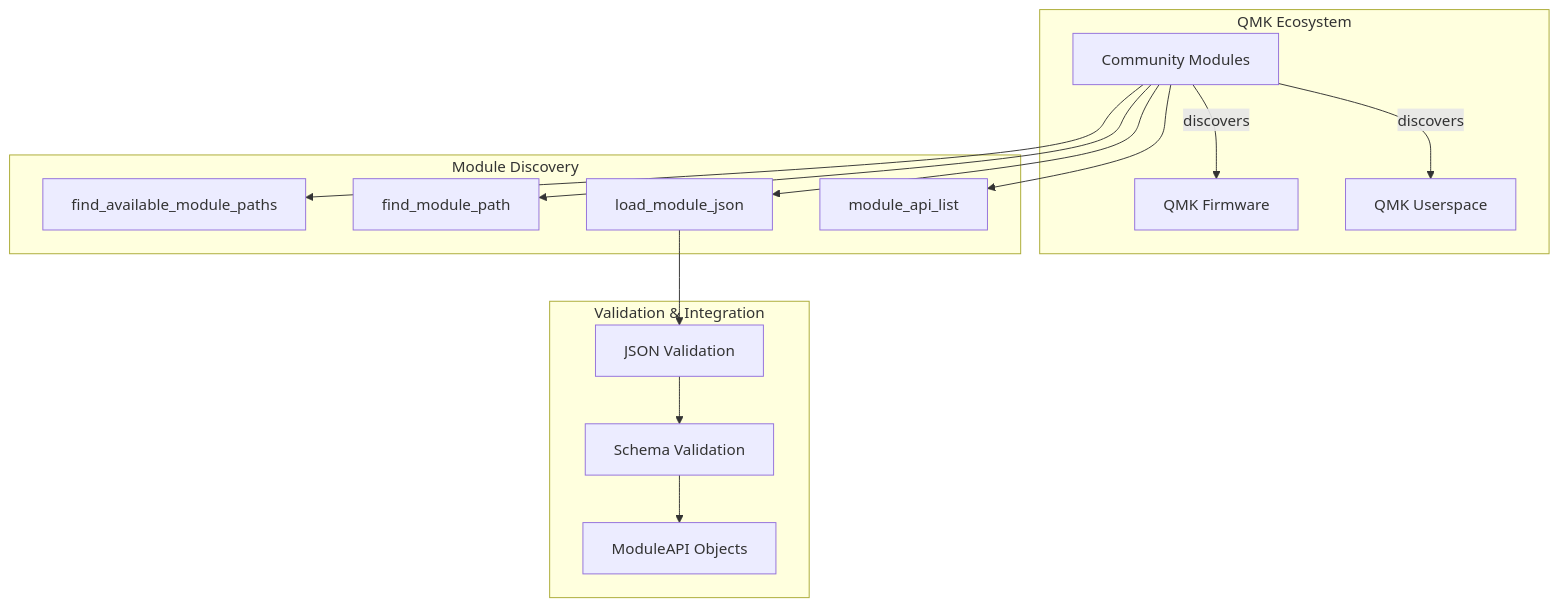
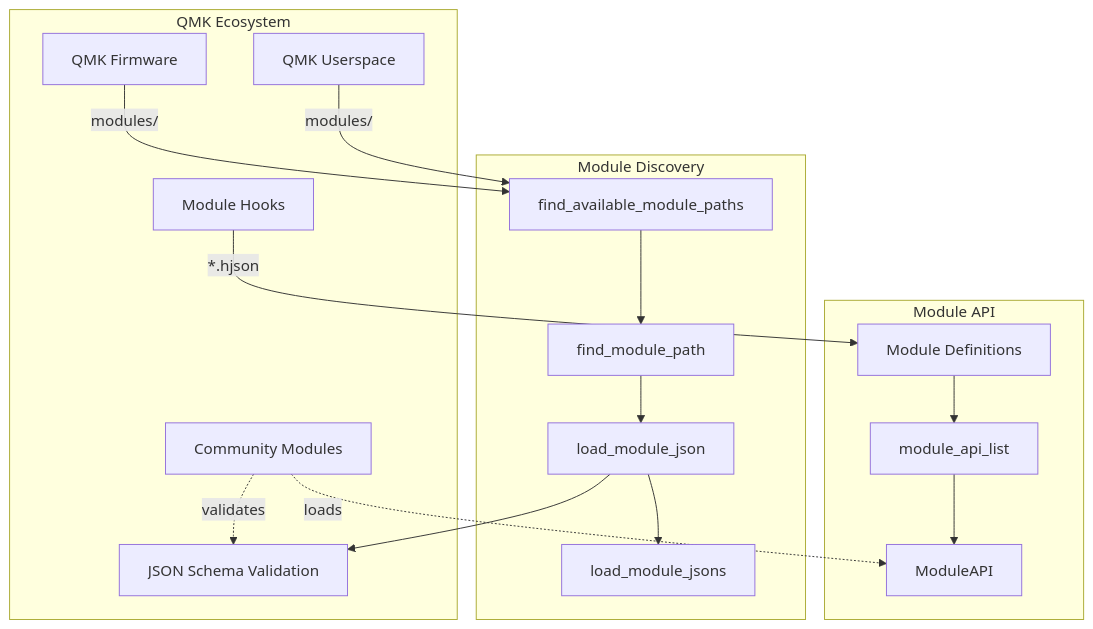
Before and after one commit to FSoft-AI4Code/codewiki-demo: the first of 3 diagrams in docs/qmk--qmk_firmware-docs/community_modules.md, drawn with Mermaid. The commit also changed other lines of this file and 1103 other files, not shown here.

````diff
--- a/docs/qmk--qmk_firmware-docs/community_modules.md
+++ b/docs/qmk--qmk_firmware-docs/community_modules.md
@@ -11,33 +11,37 @@
 ```mermaid
 graph TB
     subgraph "QMK Ecosystem"
         CM[Community Modules]
         QF[QMK Firmware]
         QU[QMK Userspace]
-        
-        CM -->|discovers| QF
-        CM -->|discovers| QU
+        JS[JSON Schema Validation]
+        MH[Module Hooks]
     end
     
     subgraph "Module Discovery"
-        FA[find_available_module_paths]
-        FM[find_module_path]
-        LM[load_module_json]
-        ML[module_api_list]
+        FAMP[find_available_module_paths]
+        FMP[find_module_path]
+        LMJ[load_module_json]
+        LMJS[load_module_jsons]
     end
     
-    subgraph "Validation & Integration"
-        JV[JSON Validation]
-        SC[Schema Validation]
-        MA[ModuleAPI Objects]
+    subgraph "Module API"
+        MAPI[ModuleAPI]
+        MAL[module_api_list]
+        MD[Module Definitions]
     end
     
-    CM --> FA
-    CM --> FM
-    CM --> LM
-    CM --> ML
+    QF -->|modules/| FAMP
+    QU -->|modules/| FAMP
+    FAMP --> FMP
+    FMP --> LMJ
+    LMJ --> JS
+    LMJ --> LMJS
     
-    LM --> JV
-    JV --> SC
-    SC --> MA
+    MH -->|*.hjson| MD
+    MD --> MAL
+    MAL --> MAPI
+    
+    CM -.->|validates| JS
+    CM -.->|loads| MAPI
 ```
````
